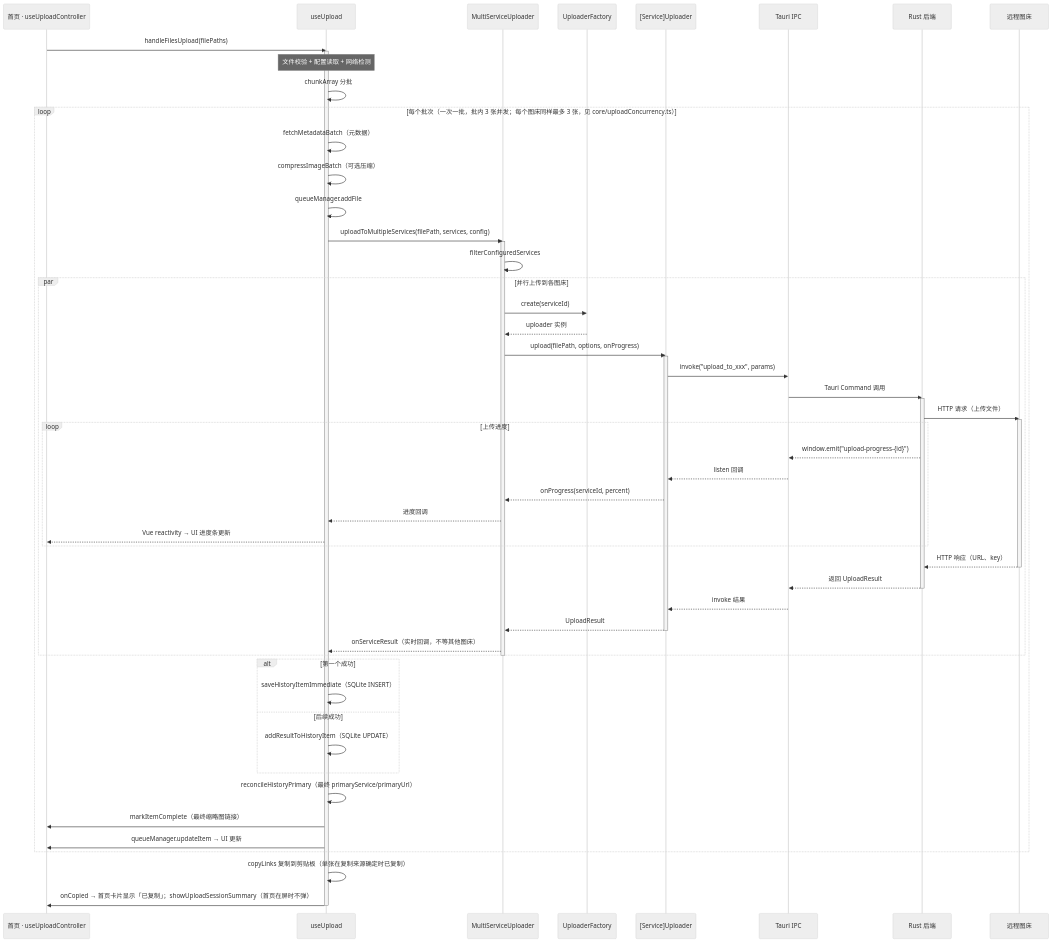
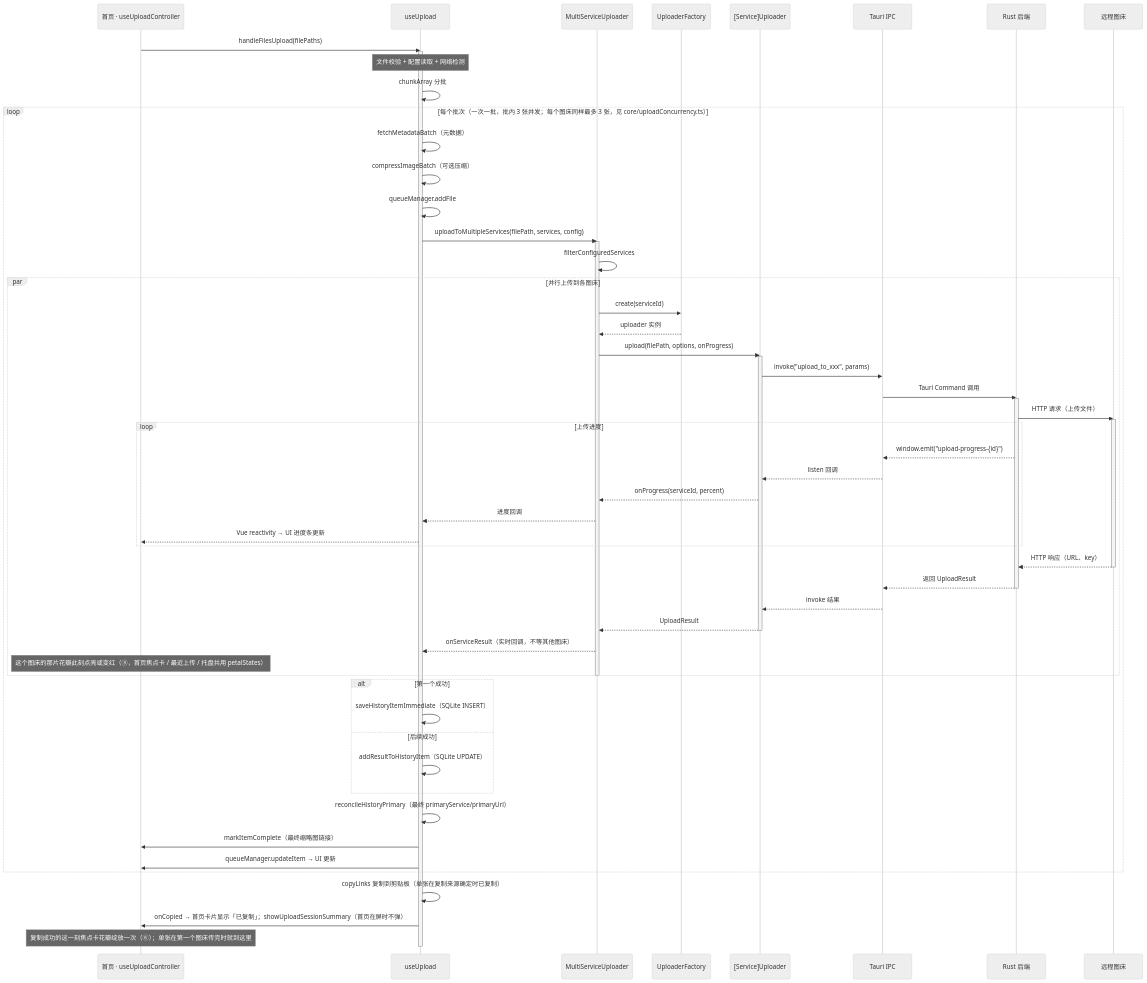
One commit to joeyliu6/PicNexus changed the second of 2 diagrams in docs/flows/upload-flow.md. Above: the diagram before and after it, drawn with Mermaid (neutral theme). The commit also changed other lines of this file and 3 other files, not shown here.

````diff
--- a/docs/flows/upload-flow.md
+++ b/docs/flows/upload-flow.md
@@ -120,77 +120,79 @@
 ```mermaid
 sequenceDiagram
     participant UV as 首页 · useUploadController
     participant UU as useUpload
     participant MSU as MultiServiceUploader
     participant UF as UploaderFactory
     participant UP as [Service]Uploader
     participant IPC as Tauri IPC
     participant RS as Rust 后端
     participant RM as 远程图床
 
     UV->>UU: handleFilesUpload(filePaths)
     activate UU
 
     Note over UU: 文件校验 + 配置读取 + 网络检测
     UU->>UU: chunkArray 分批
 
     loop 每个批次（一次一批，批内 3 张并发；每个图床同样最多 3 张，见 core/uploadConcurrency.ts）
         UU->>UU: fetchMetadataBatch（元数据）
         UU->>UU: compressImageBatch（可选压缩）
         UU->>UU: queueManager.addFile
 
         UU->>MSU: uploadToMultipleServices(filePath, services, config)
         activate MSU
 
         MSU->>MSU: filterConfiguredServices
 
         par 并行上传到各图床
             MSU->>UF: create(serviceId)
             UF-->>MSU: uploader 实例
             MSU->>UP: upload(filePath, options, onProgress)
             activate UP
 
             UP->>IPC: invoke("upload_to_xxx", params)
             IPC->>RS: Tauri Command 调用
             activate RS
 
             RS->>RM: HTTP 请求（上传文件）
             activate RM
 
             loop 上传进度
                 RS-->>IPC: window.emit("upload-progress-{id}")
                 IPC-->>UP: listen 回调
                 UP-->>MSU: onProgress(serviceId, percent)
                 MSU-->>UU: 进度回调
                 UU-->>UV: Vue reactivity → UI 进度条更新
             end
 
             RM-->>RS: HTTP 响应（URL、key）
             deactivate RM
             RS-->>IPC: 返回 UploadResult
             deactivate RS
             IPC-->>UP: invoke 结果
             UP-->>MSU: UploadResult
             deactivate UP
 
             MSU-->>UU: onServiceResult（实时回调，不等其他图床）
+            Note over UV: 这个图床的那片花瓣此刻点亮或变红（③，首页焦点卡 / 最近上传 / 托盘共用 petalStates）
         end
 
         deactivate MSU
 
         alt 第一个成功
             UU->>UU: saveHistoryItemImmediate（SQLite INSERT）
         else 后续成功
             UU->>UU: addResultToHistoryItem（SQLite UPDATE）
         end
 
         UU->>UU: reconcileHistoryPrimary（最终 primaryService/primaryUrl）
         UU->>UV: markItemComplete（最终缩略图链接）
 
         UU->>UV: queueManager.updateItem → UI 更新
     end
 
     UU->>UU: copyLinks 复制到剪贴板（单张在复制来源确定时已复制）
     UU->>UV: onCopied → 首页卡片显示「已复制」；showUploadSessionSummary（首页在屏时不弹）
+    Note over UV: 复制成功的这一刻焦点卡花瓣绽放一次（⑥）；单张在第一个图床传完时就到这里
     deactivate UU
 ```
````
